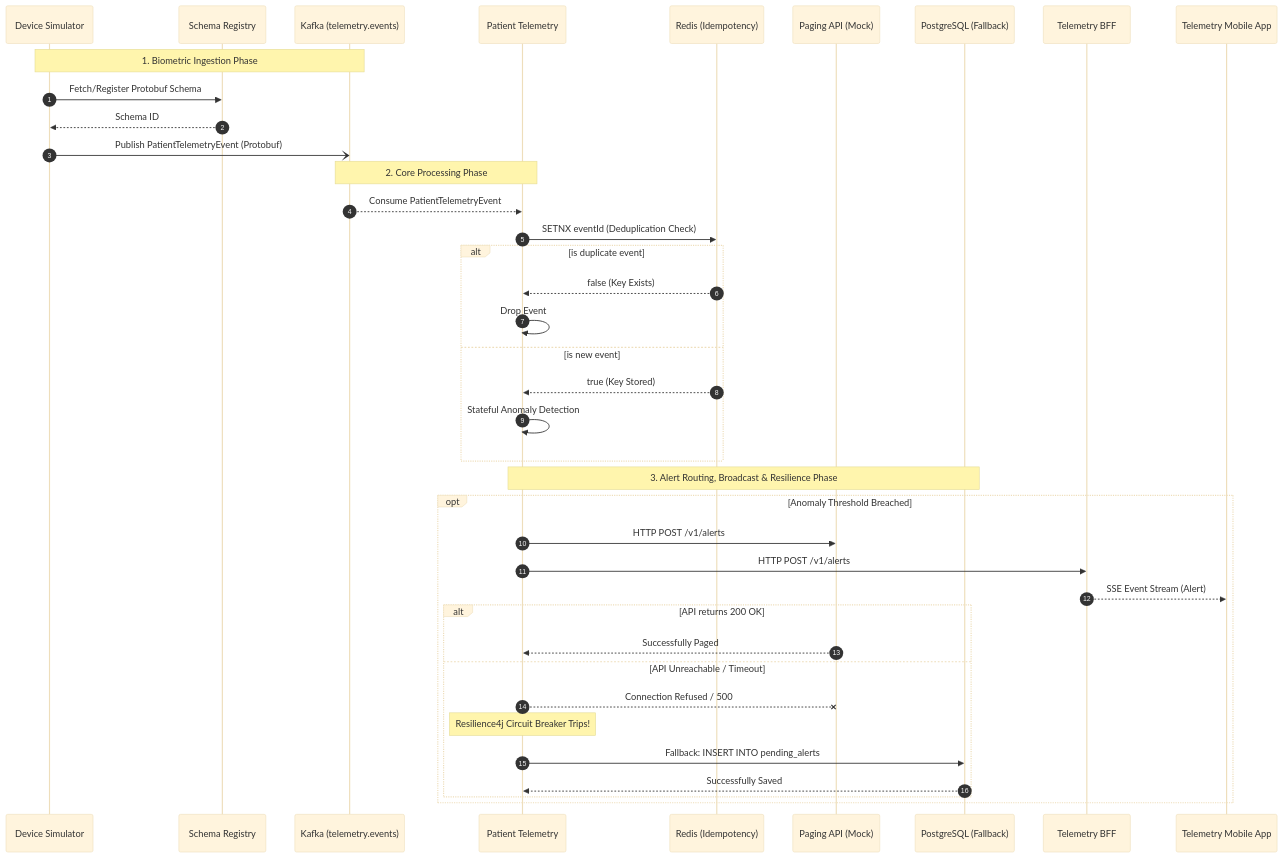
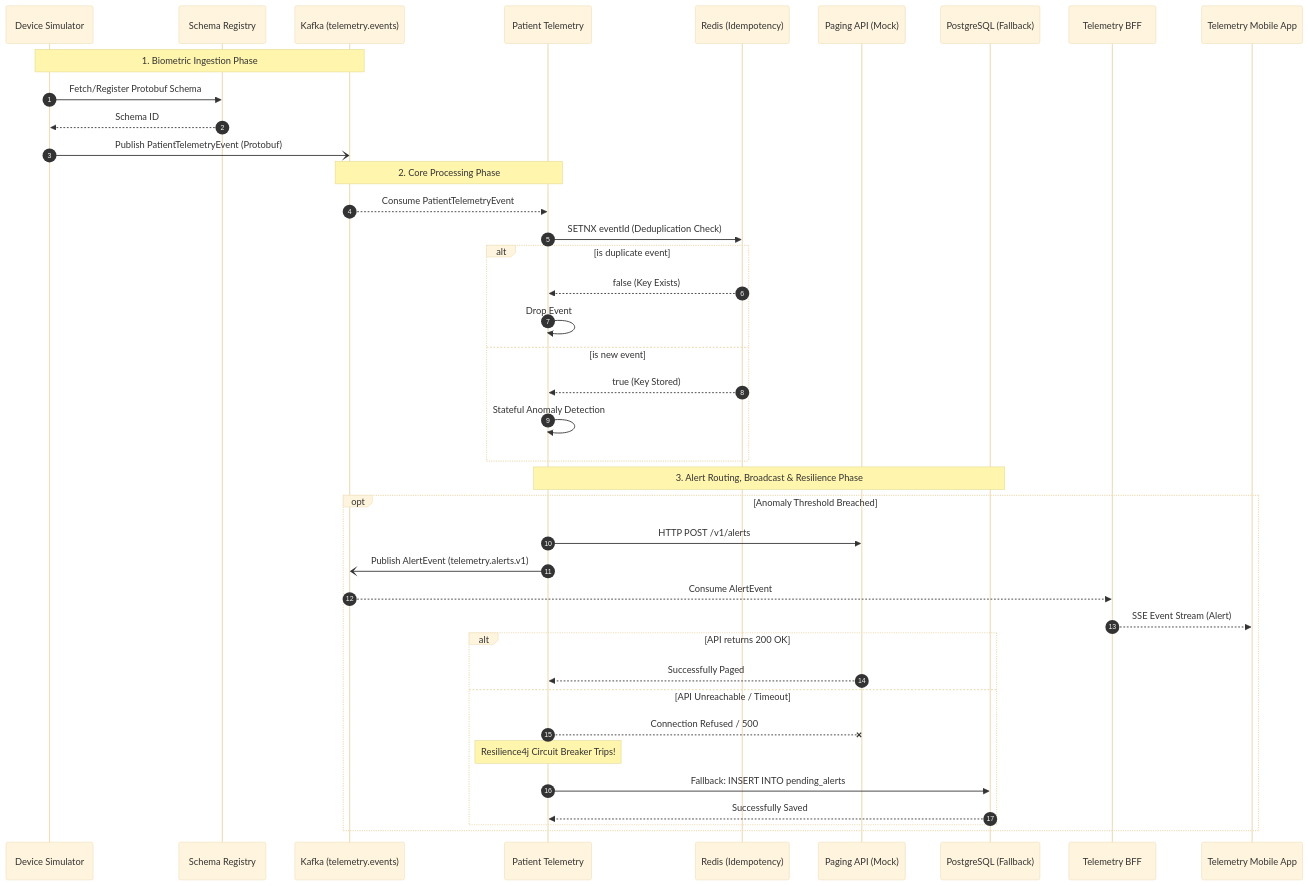
The diagram in SYSTEM_SEQUENCE_DIAGRAM.md (jvalsesia/telemetry-system), drawn with Mermaid (base theme) before and after one commit. The commit also changed 11 other files, not shown here.

````diff
--- a/SYSTEM_SEQUENCE_DIAGRAM.md
+++ b/SYSTEM_SEQUENCE_DIAGRAM.md
@@ -5,51 +5,52 @@
 ```mermaid
 sequenceDiagram
     autonumber
     
     participant DS as Device Simulator
     participant SR as Schema Registry
     participant K as Kafka (telemetry.events)
     participant PT as Patient Telemetry
     participant R as Redis (Idempotency)
     participant API as Paging API (Mock)
     participant DB as PostgreSQL (Fallback)
     participant BFF as Telemetry BFF
     participant Mob as Telemetry Mobile App
 
     %% Scenario 1: Telemetry Generation & Ingestion
     Note over DS, K: 1. Biometric Ingestion Phase
     DS->>SR: Fetch/Register Protobuf Schema
     SR-->>DS: Schema ID
     DS-)K: Publish PatientTelemetryEvent (Protobuf)
     
     %% Scenario 2: Processing & Deduplication
     Note over K, PT: 2. Core Processing Phase
     K-->>PT: Consume PatientTelemetryEvent
     
     PT->>R: SETNX eventId (Deduplication Check)
     alt is duplicate event
         R-->>PT: false (Key Exists)
         PT->>PT: Drop Event
     else is new event
         R-->>PT: true (Key Stored)
         PT->>PT: Stateful Anomaly Detection 
     end
     
     %% Scenario 3: Paging, Broadcasting & Resilience
     Note over PT, DB: 3. Alert Routing, Broadcast & Resilience Phase
     opt Anomaly Threshold Breached
         PT->>API: HTTP POST /v1/alerts
-        PT->>BFF: HTTP POST /v1/alerts
+        PT-)K: Publish AlertEvent (telemetry.alerts.v1)
+        K-->>BFF: Consume AlertEvent
         BFF-->>Mob: SSE Event Stream (Alert)
         
 
         alt API returns 200 OK
             API-->>PT: Successfully Paged
         else API Unreachable / Timeout
             PT--xAPI: Connection Refused / 500
             Note over PT: Resilience4j Circuit Breaker Trips!
             PT->>DB: Fallback: INSERT INTO pending_alerts
             DB-->>PT: Successfully Saved
         end
     end
 ```
````
